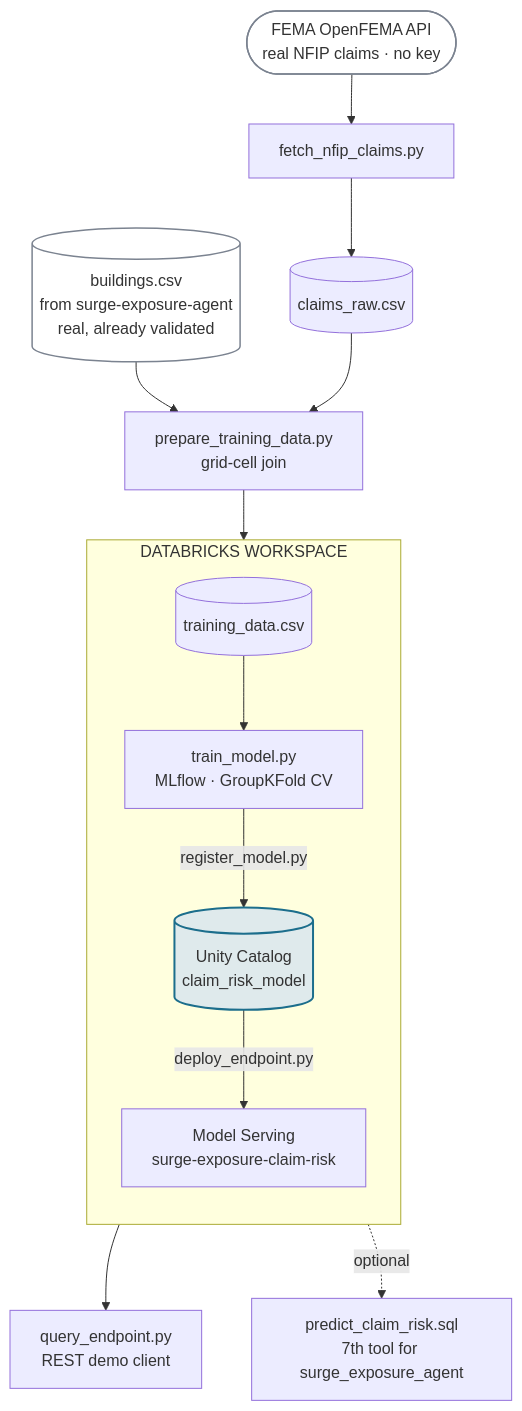
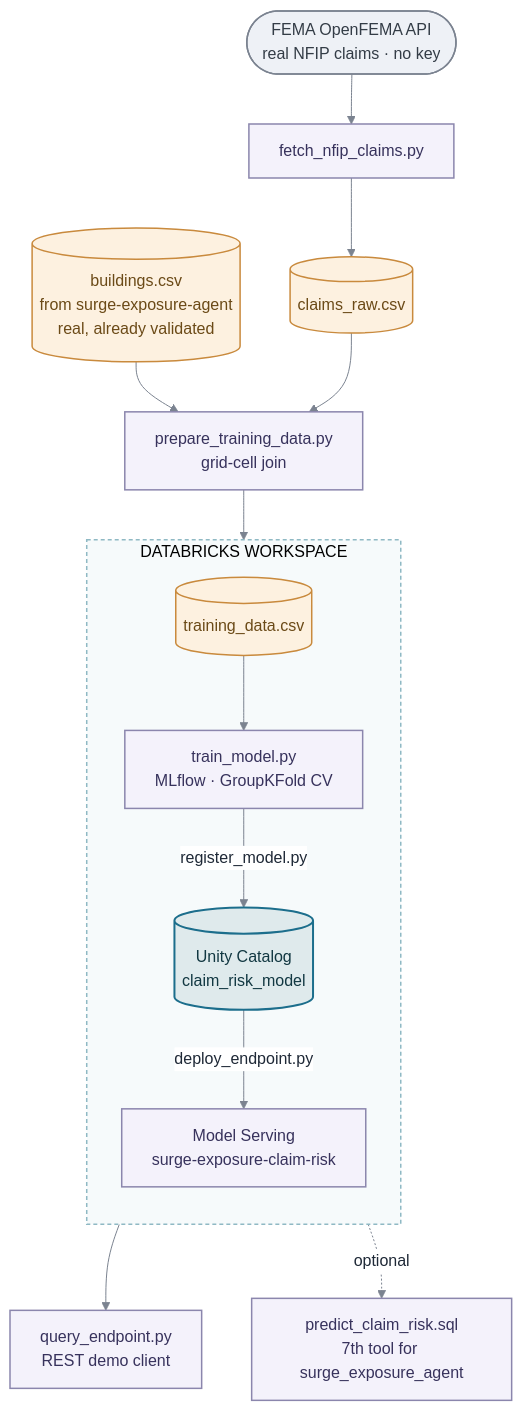
One commit to DBishal13/surge-exposure-ml changed the diagram in README.md. Above: the diagram before and after it, drawn with Mermaid.

Commit message:
Fix washed-out Mermaid node colors on GitHub with an explicit base theme
classDef fills were rendering nearly invisible under GitHub's dark-mode
Mermaid theme. Forces 'base' theme and adds a 4-color palette (hub/store/ext/proc)
so nodes are distinguishable and legible instead of just teal/white.

````diff
--- a/README.md
+++ b/README.md
@@ -19,23 +19,30 @@
 ```mermaid
+%%{init: {"theme": "base", "themeVariables": {"primaryColor": "#ffffff", "primaryBorderColor": "#7b8390", "primaryTextColor": "#1f2937", "lineColor": "#7b8390"}}}%%
 flowchart TD
     FEMA(["FEMA OpenFEMA API<br/>real NFIP claims · no key"]) --> Fetch
     Fetch["fetch_nfip_claims.py"] --> Raw[("claims_raw.csv")]
     Buildings[("buildings.csv<br/>from surge-exposure-agent<br/>real, already validated")] --> Join
     Raw --> Join["prepare_training_data.py<br/>grid-cell join"]
     Join --> Training[("training_data.csv")]
 
     subgraph WORKSPACE["DATABRICKS WORKSPACE"]
         direction TB
         Training --> Train["train_model.py<br/>MLflow · GroupKFold CV"]
         Train -->|register_model.py| Registry[("Unity Catalog<br/>claim_risk_model")]
         Registry -->|deploy_endpoint.py| Serving["Model Serving<br/>surge-exposure-claim-risk"]
     end
 
     Serving --> Query["query_endpoint.py<br/>REST demo client"]
     Serving -.optional.-> Tool["predict_claim_risk.sql<br/>7th tool for surge_exposure_agent"]
 
-    classDef hub fill:#dfeaec,stroke:#1c6e8c,stroke-width:2px;
-    classDef ext fill:#ffffff,stroke:#7b8390,stroke-width:1.5px;
+    style WORKSPACE fill:#f6fafb,stroke:#8fb9c4,stroke-width:1.5px,stroke-dasharray:4 3
+
+    classDef hub fill:#dfeaec,stroke:#1c6e8c,stroke-width:2px,color:#123842;
+    classDef store fill:#fdf1e0,stroke:#c98a3d,stroke-width:1.5px,color:#6b4a17;
+    classDef ext fill:#eef1f6,stroke:#7b8390,stroke-width:1.5px,color:#333c46;
+    classDef proc fill:#f4f2fb,stroke:#8b86ad,stroke-width:1.5px,color:#37325c;
     class Registry hub
-    class FEMA,Buildings ext
+    class Raw,Buildings,Training store
+    class FEMA ext
+    class Fetch,Join,Train,Serving,Query,Tool proc
 ```
````
